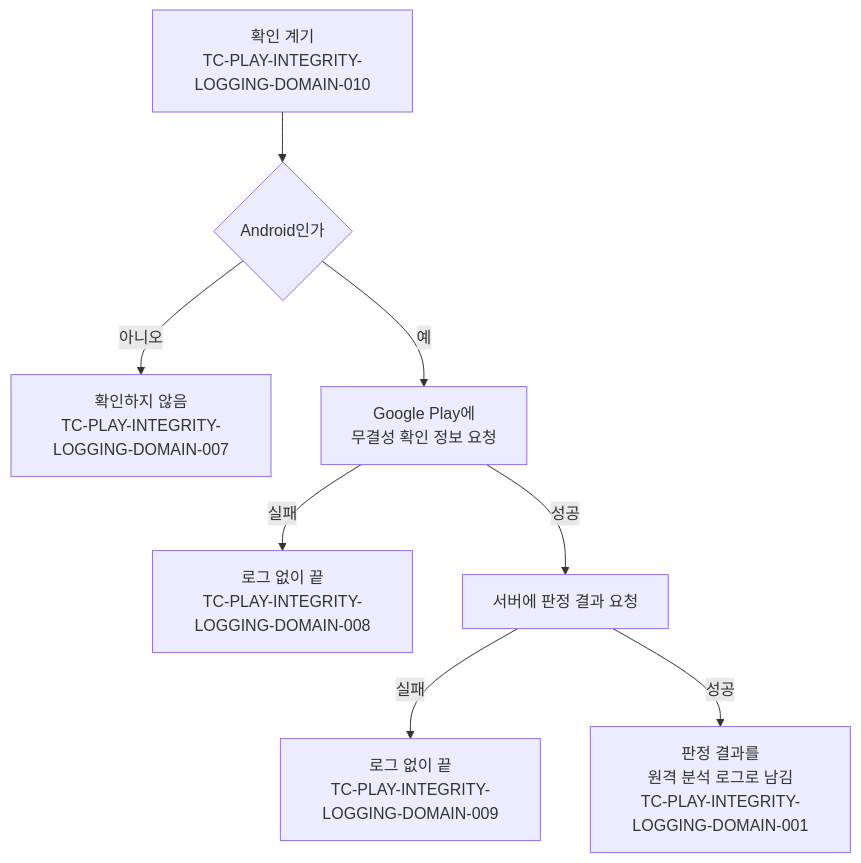
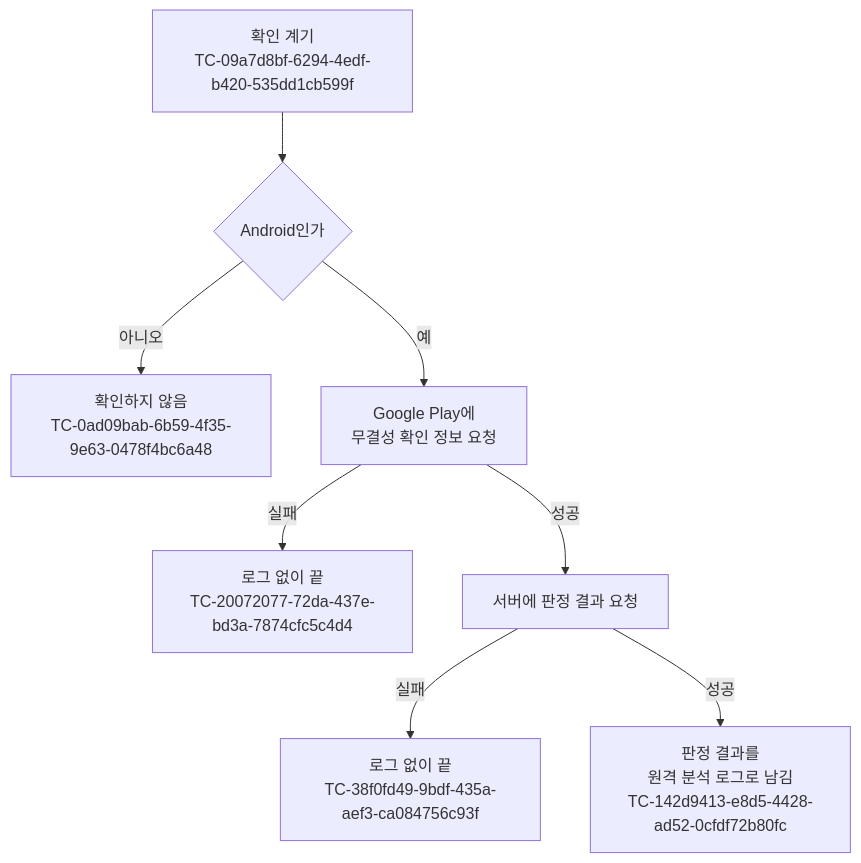
The diagram in docs/testcase/play-integrity-logging.md (taetae98coding/DiaryKMP), drawn with Mermaid before and after one commit. The commit also changed other lines of this file and 1177 other files, not shown here.

````diff
--- a/docs/testcase/play-integrity-logging.md
+++ b/docs/testcase/play-integrity-logging.md
@@ -9,10 +9,10 @@
 ```mermaid
 flowchart TD
-    Trigger["확인 계기<br/>TC-PLAY-INTEGRITY-LOGGING-DOMAIN-010"] --> Platform{"Android인가"}
-    Platform -- 아니오 --> Skip["확인하지 않음<br/>TC-PLAY-INTEGRITY-LOGGING-DOMAIN-007"]
+    Trigger["확인 계기<br/>TC-09a7d8bf-6294-4edf-b420-535dd1cb599f"] --> Platform{"Android인가"}
+    Platform -- 아니오 --> Skip["확인하지 않음<br/>TC-0ad09bab-6b59-4f35-9e63-0478f4bc6a48"]
     Platform -- 예 --> Token["Google Play에<br/>무결성 확인 정보 요청"]
-    Token -- 실패 --> TokenFail["로그 없이 끝<br/>TC-PLAY-INTEGRITY-LOGGING-DOMAIN-008"]
+    Token -- 실패 --> TokenFail["로그 없이 끝<br/>TC-20072077-72da-437e-bd3a-7874cfc5c4d4"]
     Token -- 성공 --> Server["서버에 판정 결과 요청"]
-    Server -- 실패 --> ServerFail["로그 없이 끝<br/>TC-PLAY-INTEGRITY-LOGGING-DOMAIN-009"]
-    Server -- 성공 --> Log["판정 결과를<br/>원격 분석 로그로 남김<br/>TC-PLAY-INTEGRITY-LOGGING-DOMAIN-001"]
+    Server -- 실패 --> ServerFail["로그 없이 끝<br/>TC-38f0fd49-9bdf-435a-aef3-ca084756c93f"]
+    Server -- 성공 --> Log["판정 결과를<br/>원격 분석 로그로 남김<br/>TC-142d9413-e8d5-4428-ad52-0cfdf72b80fc"]
 ```
````
